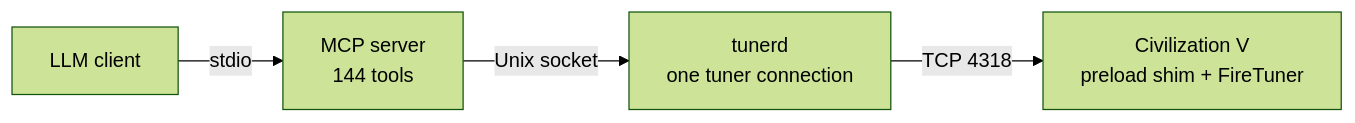
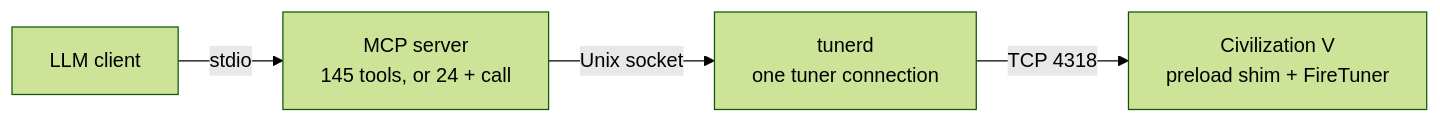
Before and after one commit to ty-meador/civ-v-linux-mcp: the diagram in README.md, drawn with Mermaid (forest theme). The commit also changed other lines of this file and 14 other files, not shown here.

````diff
--- a/README.md
+++ b/README.md
@@ -203,6 +208,6 @@
 ```mermaid
 flowchart LR
-    A["LLM client"] -->|stdio| B["MCP server<br/>144 tools"]
+    A["LLM client"] -->|stdio| B["MCP server<br/>145 tools, or 24 + call"]
     B -->|Unix socket| C["tunerd<br/>one tuner connection"]
     C -->|TCP 4318| D["Civilization V<br/>preload shim + FireTuner"]
 ```
````
